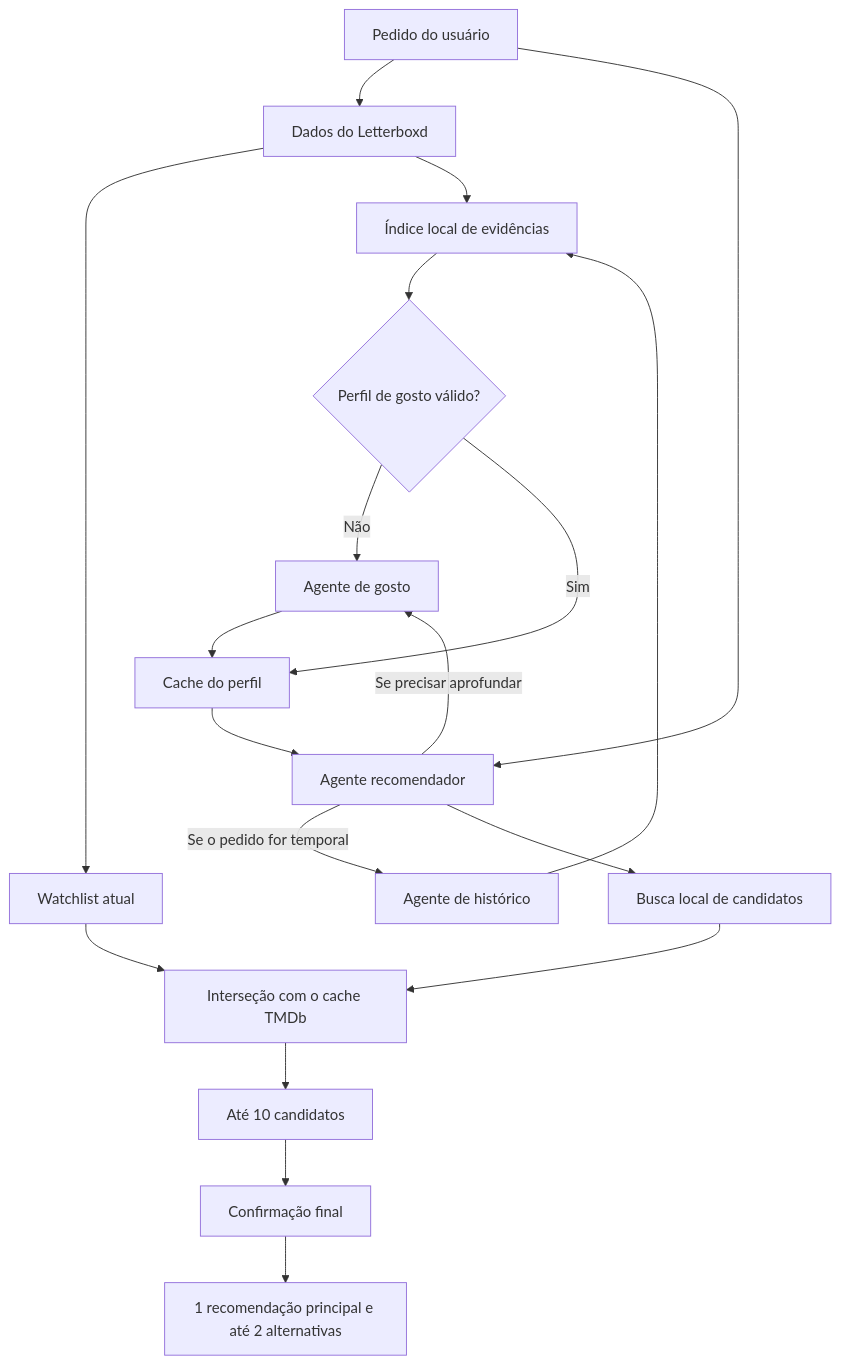
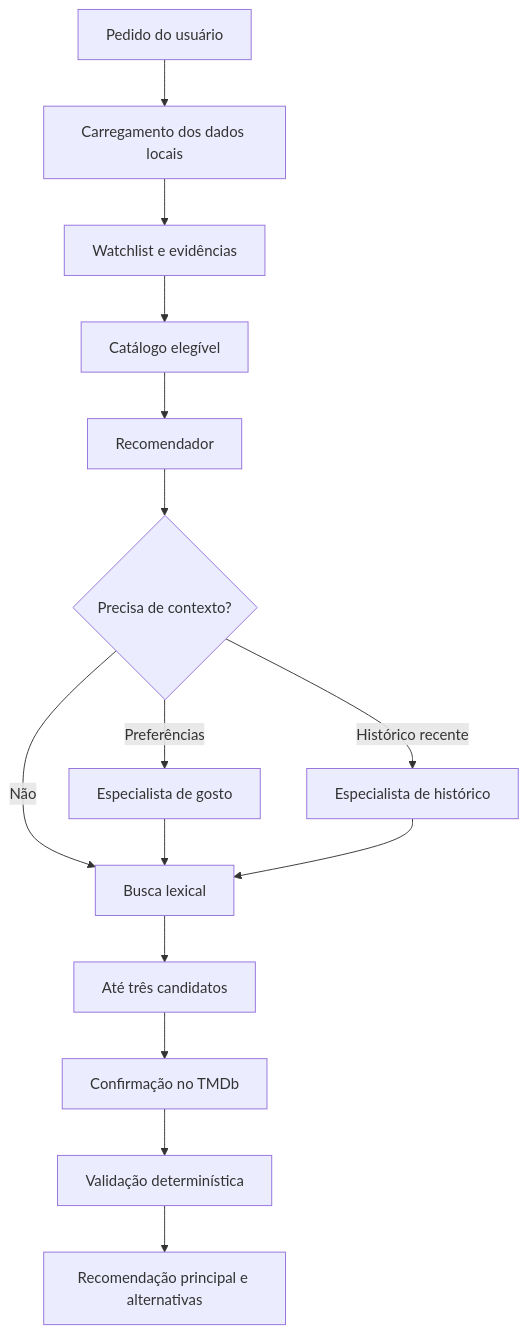
Before and after one commit to michaelamaraldev/agenticboxd: the diagram in README.md, drawn with Mermaid. The commit also changed other lines of this file and 2 other files, not shown here.

````diff
--- a/README.md
+++ b/README.md
@@ -25,21 +20,17 @@
 ```mermaid
 flowchart TD
-    U[Pedido do usuário] --> L[Dados do Letterboxd]
-    L --> W[Watchlist atual]
-    L --> E[Índice local de evidências]
-    W --> T[Interseção com o cache TMDb]
-    E --> P{Perfil de gosto válido?}
-    P -->|Não| G[Agente de gosto]
-    G --> C[Cache do perfil]
-    P -->|Sim| C
-    C --> R[Agente recomendador]
-    U --> R
-    R -->|Se precisar aprofundar| G
-    R -->|Se o pedido for temporal| H[Agente de histórico]
-    H --> E
-    R --> S[Busca local de candidatos]
-    S --> T
-    T --> F[Até 10 candidatos]
-    F --> V[Confirmação final]
-    V --> O[1 recomendação principal e até 2 alternativas]
+    A[Pedido do usuário] --> B[Carregamento dos dados locais]
+    B --> C[Watchlist e evidências]
+    C --> D[Catálogo elegível]
+    D --> E[Recomendador]
+    E --> F{Precisa de contexto?}
+    F -->|Preferências| G[Especialista de gosto]
+    F -->|Histórico recente| H[Especialista de histórico]
+    F -->|Não| I[Busca lexical]
+    G --> I
+    H --> I
+    I --> J[Até três candidatos]
+    J --> K[Confirmação no TMDb]
+    K --> L[Validação determinística]
+    L --> M[Recomendação principal e alternativas]
 ```
````
